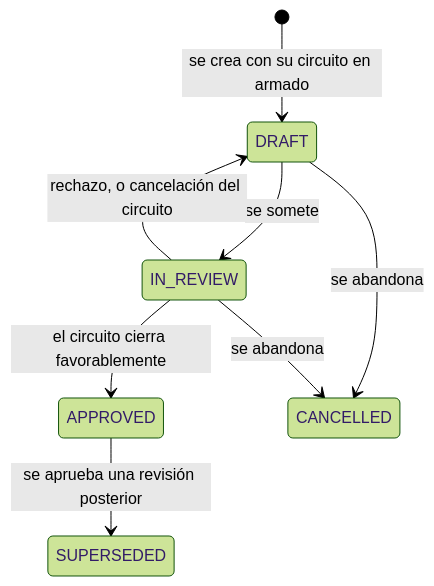
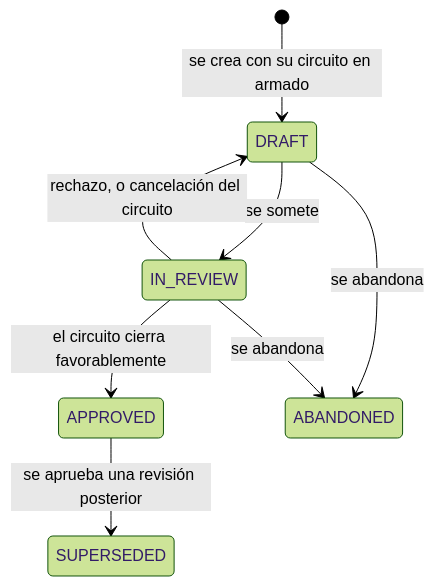
Before and after one commit to CLGonzalezGroh/209-mi-document: the diagram in docs/SFS/domain/10_cycle/20_DOM-006_DocumentRevision.md, drawn with Mermaid (forest theme). The commit also changed other lines of this file and 11 other files, not shown here.

````diff
--- a/docs/SFS/domain/10_cycle/20_DOM-006_DocumentRevision.md
+++ b/docs/SFS/domain/10_cycle/20_DOM-006_DocumentRevision.md
@@ -24,10 +26,10 @@
 ```mermaid
 stateDiagram-v2
     [*] --> DRAFT: se crea con su circuito en armado
     DRAFT --> IN_REVIEW: se somete
     IN_REVIEW --> DRAFT: rechazo, o cancelación del circuito
     IN_REVIEW --> APPROVED: el circuito cierra favorablemente
     APPROVED --> SUPERSEDED: se aprueba una revisión posterior
-    DRAFT --> CANCELLED: se abandona
-    IN_REVIEW --> CANCELLED: se abandona
+    DRAFT --> ABANDONED: se abandona
+    IN_REVIEW --> ABANDONED: se abandona
 ```
````
